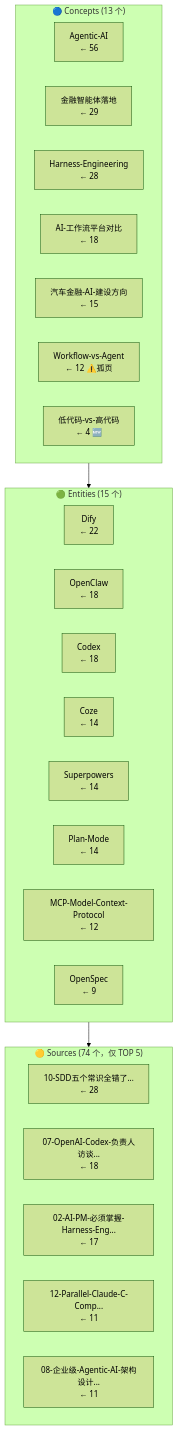
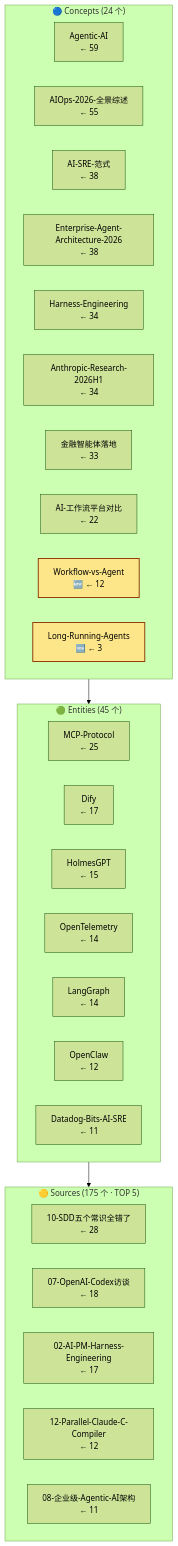
One commit to shaowenglu-afk/wiki-public changed the fifth of 6 diagrams in content/graph.md. Above: the diagram before and after it, drawn with Mermaid (forest theme). The commit also changed other lines of this file and 95 other files, not shown here.

````diff
--- a/content/graph.md
+++ b/content/graph.md
@@ -126,33 +140,38 @@
 ```mermaid
 flowchart TB
-    subgraph C["🔵 Concepts (13 个)"]
-        Agentic_AI["Agentic-AI<br/>← 56"]
-        _______["金融智能体落地<br/>← 29"]
-        Harness_Engineering["Harness-Engineering<br/>← 28"]
-        AI________["AI-工作流平台对比<br/>← 18"]
-        _____AI_____["汽车金融-AI-建设方向<br/>← 15"]
-        WvA["Workflow-vs-Agent<br/>← 12 ⚠️孤页"]
-        NewLC["低代码-vs-高代码<br/>← 4 🆕"]
+    subgraph C["🔵 Concepts (24 个)"]
+        c1[Agentic-AI<br/>← 59]
+        c2[AIOps-2026-全景综述<br/>← 55]
+        c3[AI-SRE-范式<br/>← 38]
+        c4[Enterprise-Agent-Architecture-2026<br/>← 38]
+        c5[Harness-Engineering<br/>← 34]
+        c6[Anthropic-Research-2026H1<br/>← 34]
+        c7[金融智能体落地<br/>← 33]
+        c8[AI-工作流平台对比<br/>← 22]
+        c9[Workflow-vs-Agent<br/>🆕 ← 12]
+        c10[Long-Running-Agents<br/>🆕 ← 3]
     end
 
-    subgraph E["🟢 Entities (15 个)"]
-        Dify["Dify<br/>← 22"]
-        OpenClaw["OpenClaw<br/>← 18"]
-        Codex["Codex<br/>← 18"]
-        Coze["Coze<br/>← 14"]
-        Superpowers["Superpowers<br/>← 14"]
-        Plan_Mode["Plan-Mode<br/>← 14"]
-        MCP_Model_Context_Protocol["MCP-Model-Context-Protocol<br/>← 12"]
-        OpenSpec["OpenSpec<br/>← 9"]
+    subgraph E["🟢 Entities (45 个)"]
+        e1[MCP-Protocol<br/>← 25]
+        e2[Dify<br/>← 17]
+        e3[HolmesGPT<br/>← 15]
+        e4[OpenTelemetry<br/>← 14]
+        e5[LangGraph<br/>← 14]
+        e6[OpenClaw<br/>← 12]
+        e7[Datadog-Bits-AI-SRE<br/>← 11]
     end
 
-    subgraph S["🟡 Sources (74 个，仅 TOP 5)"]
-        10_SDD_______["10-SDD五个常识全错了...<br/>← 28"]
-        07_OpenAI_Codex______["07-OpenAI-Codex-负责人访谈...<br/>← 18"]
-        02_AI_PM______Harness_Engineer["02-AI-PM-必须掌握-Harness-Eng...<br/>← 17"]
-        12_Parallel_Claude_C_Compiler["12-Parallel-Claude-C-Comp...<br/>← 11"]
-        08_____Agentic_AI_____["08-企业级-Agentic-AI-架构设计...<br/>← 11"]
+    subgraph S["🟡 Sources (175 个 · TOP 5)"]
+        s1[10-SDD五个常识全错了<br/>← 28]
+        s2[07-OpenAI-Codex访谈<br/>← 18]
+        s3[02-AI-PM-Harness-Engineering<br/>← 17]
+        s4[12-Parallel-Claude-C-Compiler<br/>← 12]
+        s5[08-企业级-Agentic-AI架构<br/>← 11]
     end
     C --> E
     E --> S
+
+    classDef new fill:#fde68a,stroke:#92400e,stroke-width:2px
+    class c9,c10 new
 ```
````
